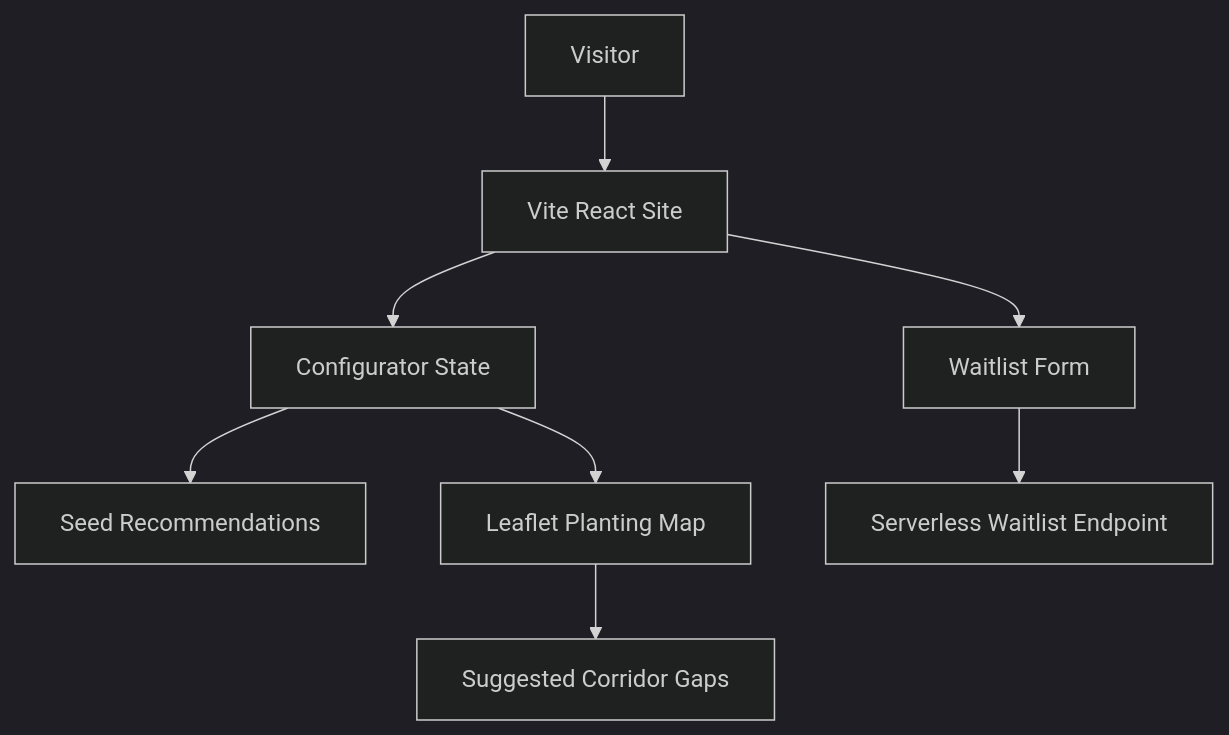
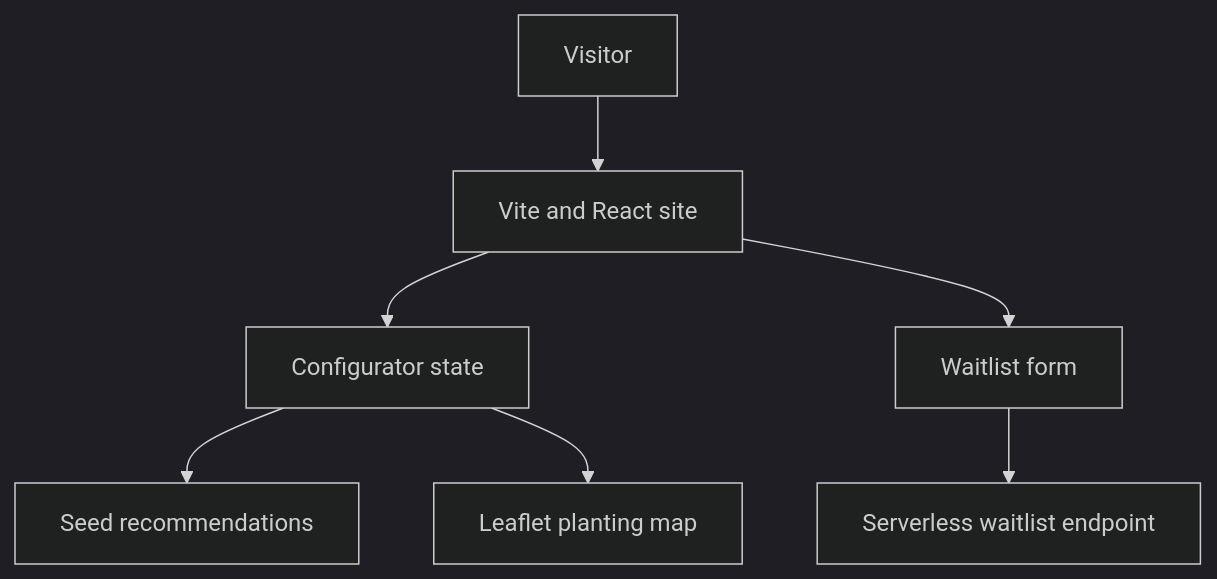
Before and after one commit to gokselkacar/selected-products: the diagram in products/seed-jewelry.md, drawn with Mermaid (dark theme). The commit also changed other lines of this file and 61 other files, not shown here.

````diff
--- a/products/seed-jewelry.md
+++ b/products/seed-jewelry.md
@@ -80,10 +37,9 @@
 ```mermaid
 flowchart TD
-    V[Visitor] --> R[Vite React Site]
-    R --> C[Configurator State]
-    C --> S[Seed Recommendations]
-    C --> M[Leaflet Planting Map]
-    R --> W[Waitlist Form]
-    W --> E[Serverless Waitlist Endpoint]
-    M --> G[Suggested Corridor Gaps]
+    V[Visitor] --> R[Vite and React site]
+    R --> C[Configurator state]
+    C --> S[Seed recommendations]
+    C --> M[Leaflet planting map]
+    R --> W[Waitlist form]
+    W --> E[Serverless waitlist endpoint]
 ```
````
